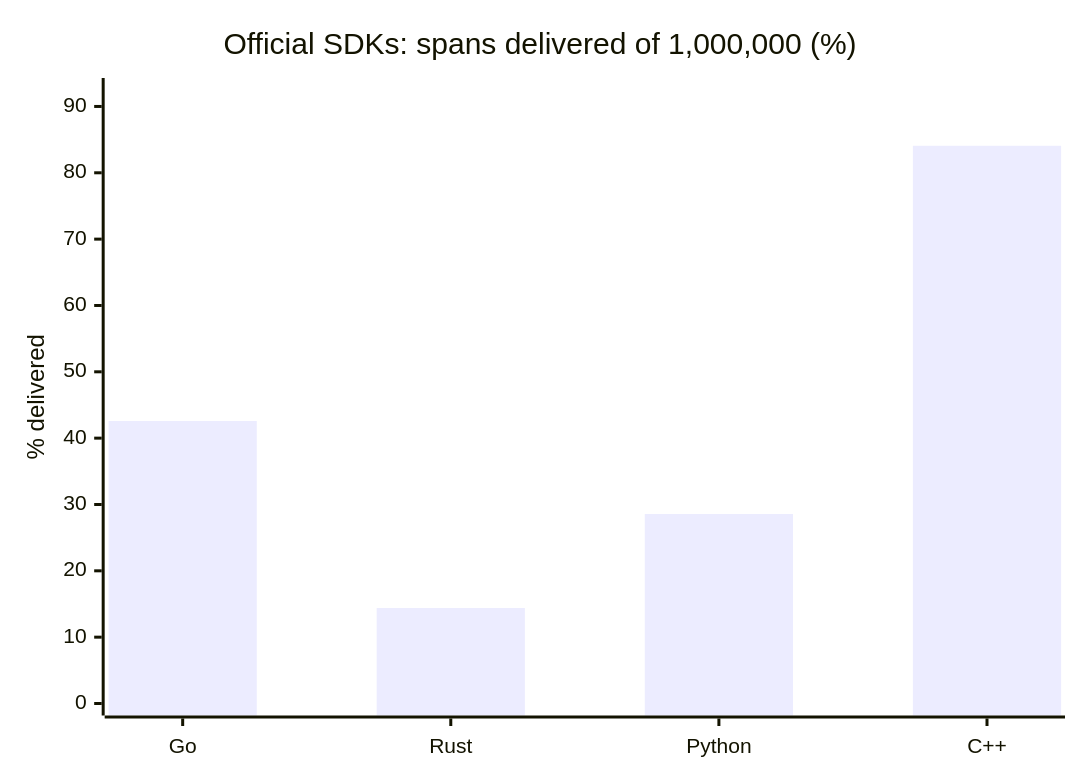
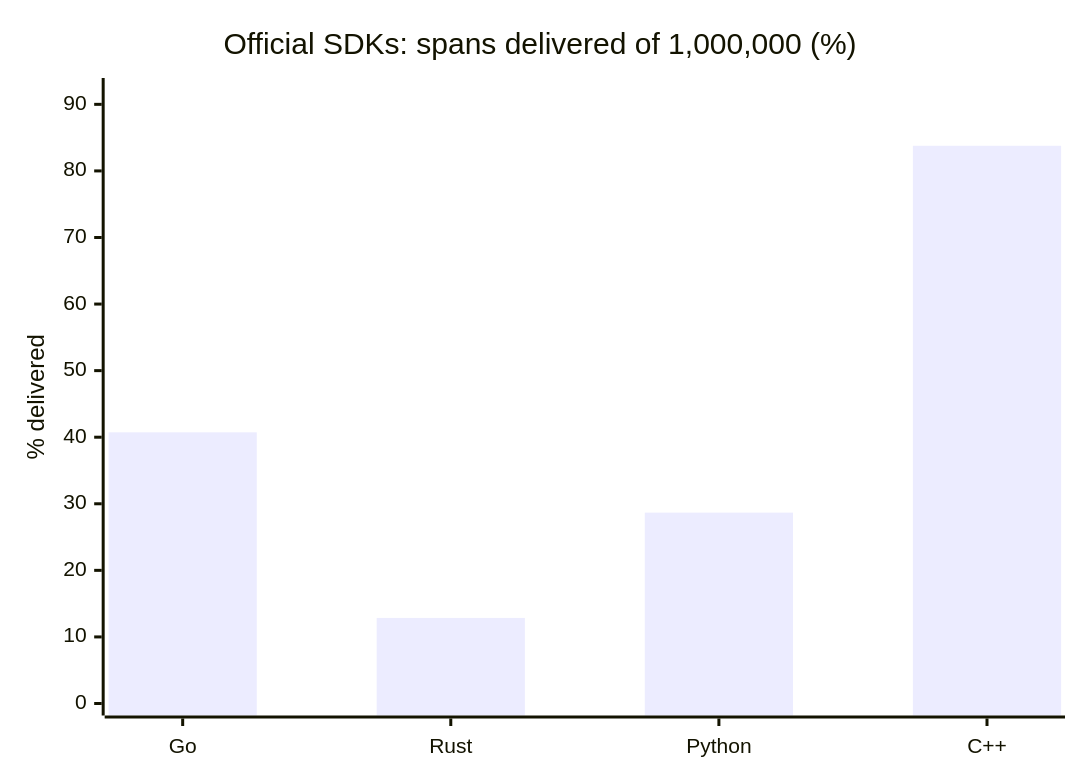
One commit to the-protobuf-project/telemetry changed the second of 24 diagrams in docs/benchmark.md. Above: the diagram before and after it, drawn with Mermaid. The commit also changed other lines of this file and 3 other files, not shown here.

````diff
--- a/docs/benchmark.md
+++ b/docs/benchmark.md
@@ -27,7 +27,7 @@
 ```mermaid
 xychart-beta
     title "Official SDKs: spans delivered of 1,000,000 (%)"
     x-axis ["Go", "Rust", "Python", "C++"]
-    y-axis "% delivered" 0 --> 92.4803
-    bar [42.5909, 14.3917, 28.5696, 84.073]
+    y-axis "% delivered" 0 --> 92.1545
+    bar [40.7326, 12.8538, 28.672, 83.7768]
 ```
````
